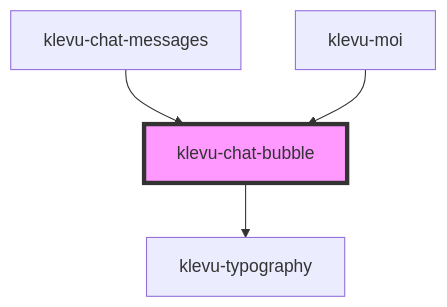
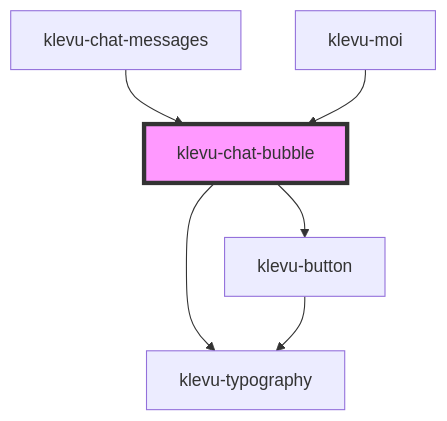
Before and after one commit to klevultd/frontend-sdk: the diagram in packages/klevu-ui/src/components/klevu-chat-bubble/readme.md, drawn with Mermaid. The commit also changed other lines of this file and 20 other files, not shown here.

````diff
--- a/packages/klevu-ui/src/components/klevu-chat-bubble/readme.md
+++ b/packages/klevu-ui/src/components/klevu-chat-bubble/readme.md
@@ -39,7 +48,9 @@
 ```mermaid
 graph TD;
   klevu-chat-bubble --> klevu-typography
+  klevu-chat-bubble --> klevu-button
+  klevu-button --> klevu-typography
   klevu-chat-messages --> klevu-chat-bubble
   klevu-moi --> klevu-chat-bubble
   style klevu-chat-bubble fill:#f9f,stroke:#333,stroke-width:4px
 ```
````
